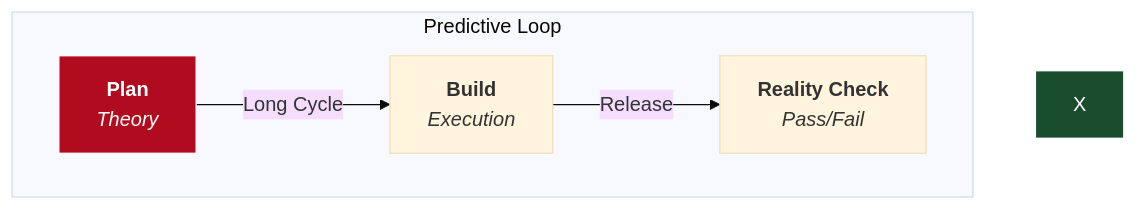
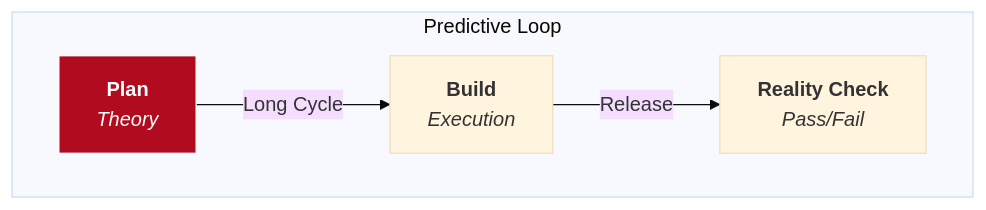
The first of 2 diagrams in _posts/2026-03-04-the-discovery-principle.md (Shelbournator/thoughts), drawn with Mermaid (base theme) before and after one commit. The commit also changed other lines of this file, not shown here.

````diff
--- a/_posts/2026-03-04-the-discovery-principle.md
+++ b/_posts/2026-03-04-the-discovery-principle.md
@@ -48,10 +48,9 @@
 ```mermaid
 graph TD
     subgraph "Predictive Loop"
     A[<b>Plan</b><br><i>Theory</i>] -->|Long Cycle| B[<b>Build</b><br><i>Execution</i>]
     B -->|Release| C[<b>Reality Check</b><br><i>Pass/Fail</i>]
     end
 
     style A fill:#b00b1e,stroke:#fff,color:#fff
-    style X fill:#1a4d2e,stroke:#fff,color:#fff
 ```
````
